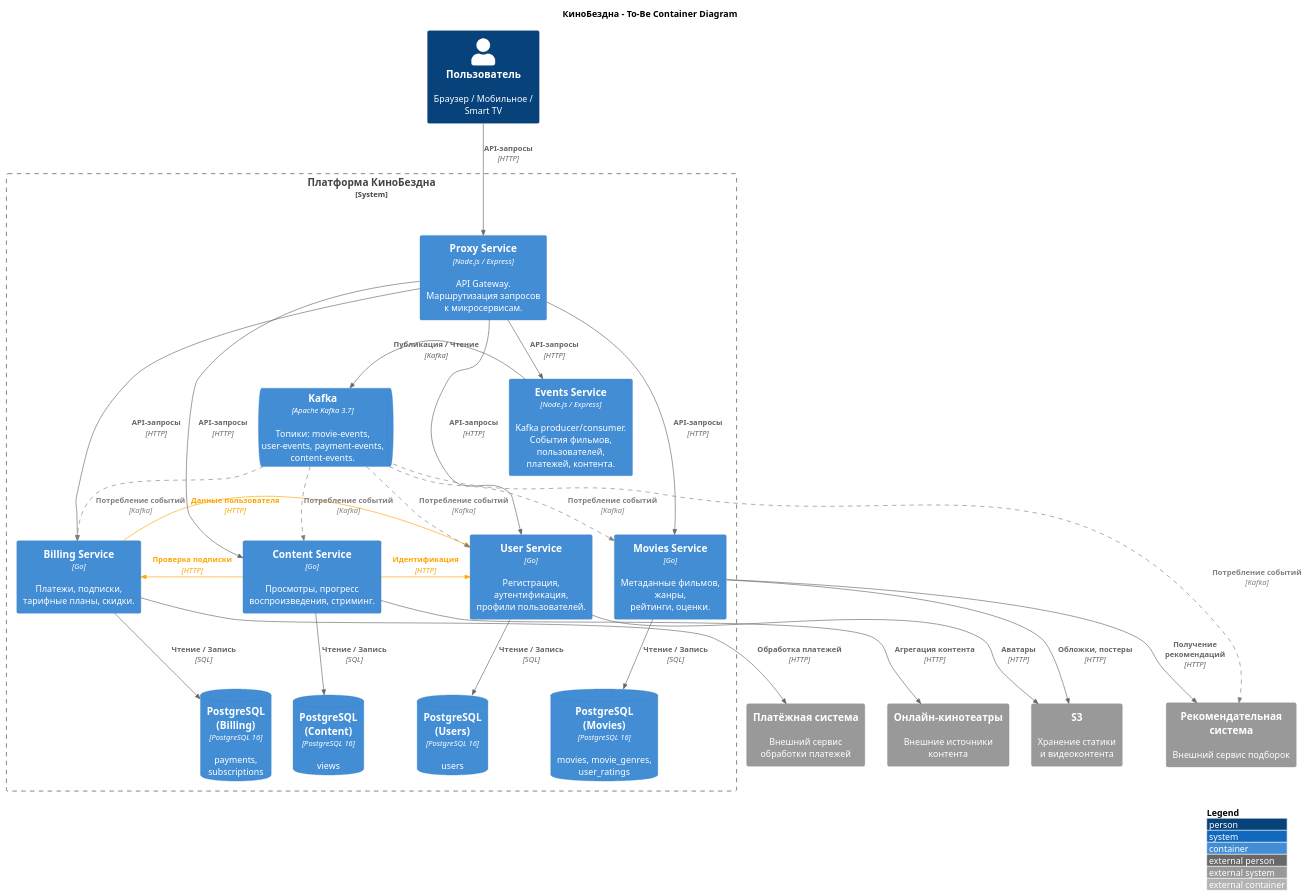
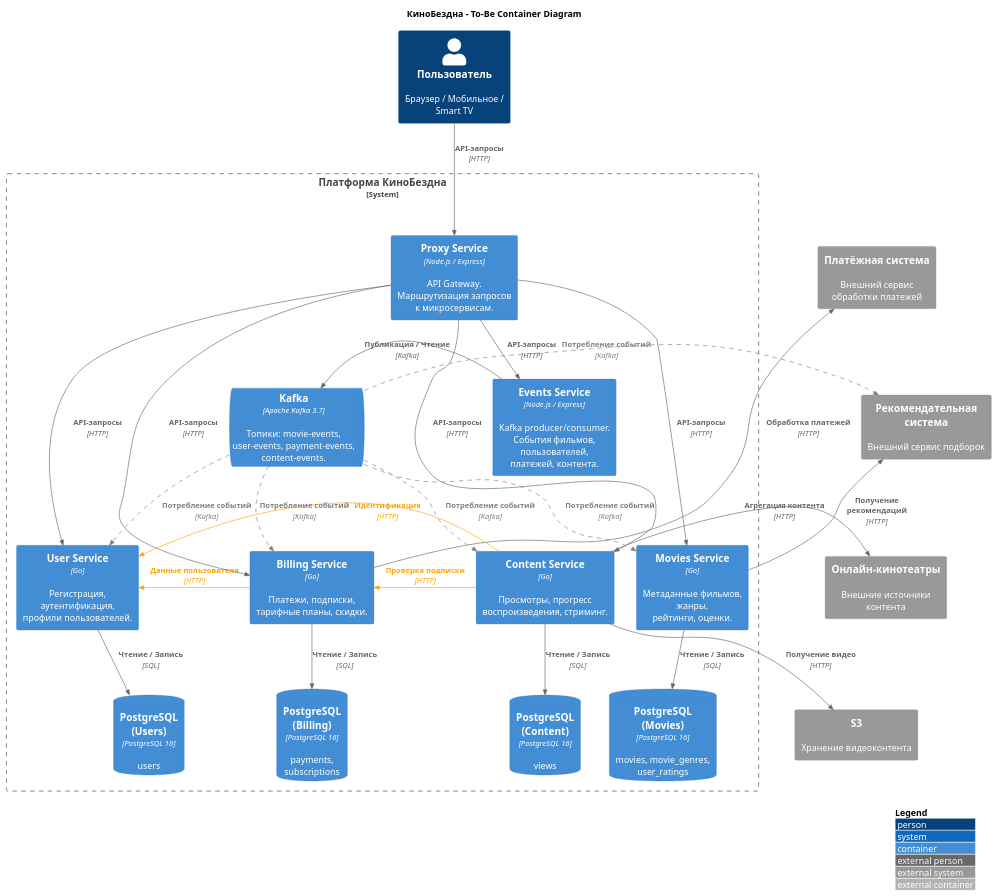
Before and after one commit to SiritosKon/architecture-cinemaabyss: the diagram in docs/c4-container-diagram.puml, drawn with PlantUML. The commit also changed 2 other files, not shown here.

Commit message:
fix: S3 only for Content Service, external systems in column

```diff
--- a/docs/c4-container-diagram.puml
+++ b/docs/c4-container-diagram.puml
@@ -1,85 +1,89 @@
 @startuml c4-container-diagram
 !include https://raw.githubusercontent.com/plantuml-stdlib/C4-PlantUML/master/C4_Container.puml
 
 LAYOUT_WITH_LEGEND()
 LAYOUT_TOP_DOWN()
 
 AddRelTag("future", $lineStyle = DashedLine(), $lineColor = "gray", $textColor = "gray")
 AddRelTag("interservice", $lineColor = "orange", $textColor = "orange")
 
 title КиноБездна - To-Be Container Diagram
 
 Person(user, "Пользователь", "Браузер / Мобильное / Smart TV")
 
 System_Ext(payment, "Платёжная система", "Внешний сервис\nобработки платежей")
 System_Ext(recsys, "Рекомендательная система", "Внешний сервис подборок")
 System_Ext(cinemas, "Онлайн-кинотеатры", "Внешние источники контента")
-System_Ext(s3, "S3", "Хранение статики\nи видеоконтента")
+System_Ext(s3, "S3", "Хранение видеоконтента")
+
+' Внешние системы в столбик слева
+Lay_D(payment, recsys)
+Lay_D(recsys, cinemas)
+Lay_D(cinemas, s3)
 
 System_Boundary(platform, "Платформа КиноБездна") {
 
     Container(proxy, "Proxy Service", "Node.js / Express", "API Gateway.\nМаршрутизация запросов\nк микросервисам.")
 
     Container(users_svc, "User Service", "Go", "Регистрация, аутентификация,\nпрофили пользователей.")
     Container(billing, "Billing Service", "Go", "Платежи, подписки,\nтарифные планы, скидки.")
     Container(content, "Content Service", "Go", "Просмотры, прогресс\nвоспроизведения, стриминг.")
     Container(movies, "Movies Service", "Go", "Метаданные фильмов, жанры,\nрейтинги, оценки.")
 
     Container(events, "Events Service", "Node.js / Express", "Kafka producer/consumer.\nСобытия фильмов, пользователей,\nплатежей, контента.")
     ContainerQueue(kafka, "Kafka", "Apache Kafka 3.7", "Топики: movie-events,\nuser-events, payment-events,\ncontent-events.")
 
     ContainerDb(postgres_users, "PostgreSQL\n(Users)", "PostgreSQL 16", "users")
     ContainerDb(postgres_billing, "PostgreSQL\n(Billing)", "PostgreSQL 16", "payments,\nsubscriptions")
     ContainerDb(postgres_content, "PostgreSQL\n(Content)", "PostgreSQL 16", "views")
     ContainerDb(postgres_movies, "PostgreSQL\n(Movies)", "PostgreSQL 16", "movies, movie_genres,\nuser_ratings")
 }
 
 ' Выравнивание сервисов в ряд
 Lay_R(users_svc, billing)
 Lay_R(billing, content)
 Lay_R(content, movies)
 
 ' Выравнивание БД в ряд
 Lay_R(postgres_users, postgres_billing)
 Lay_R(postgres_billing, postgres_content)
 Lay_R(postgres_content, postgres_movies)
 
 ' Пользователь → Proxy
 Rel_D(user, proxy, "API-запросы", "HTTP")
 
 ' Proxy → сервисы
 Rel_D(proxy, users_svc, "API-запросы", "HTTP")
 Rel_D(proxy, billing, "API-запросы", "HTTP")
 Rel_D(proxy, content, "API-запросы", "HTTP")
 Rel_D(proxy, movies, "API-запросы", "HTTP")
 Rel_D(proxy, events, "API-запросы", "HTTP")
 
 ' Сервисы → свои БД
 Rel_D(users_svc, postgres_users, "Чтение / Запись", "SQL")
 Rel_D(billing, postgres_billing, "Чтение / Запись", "SQL")
 Rel_D(content, postgres_content, "Чтение / Запись", "SQL")
 Rel_D(movies, postgres_movies, "Чтение / Запись", "SQL")
 
 ' Events → Kafka
 Rel_R(events, kafka, "Публикация / Чтение", "Kafka")
 
 ' Внешние системы
-Rel(billing, payment, "Обработка платежей", "HTTP")
-Rel(movies, recsys, "Получение рекомендаций", "HTTP")
-Rel(movies, s3, "Обложки, постеры", "HTTP")
-Rel(users_svc, s3, "Аватары", "HTTP")
-Rel(content, cinemas, "Агрегация контента", "HTTP")
+Rel_L(billing, payment, "Обработка платежей", "HTTP")
+Rel_L(movies, recsys, "Получение рекомендаций", "HTTP")
+Rel_L(content, cinemas, "Агрегация контента", "HTTP")
+Rel_L(content, s3, "Получение видео", "HTTP")
 
 ' Межсервисные зависимости (оранжевые)
 Rel_L(content, billing, "Проверка подписки", "HTTP", $tags="interservice")
 Rel_L(billing, users_svc, "Данные пользователя", "HTTP", $tags="interservice")
 Rel_L(content, users_svc, "Идентификация", "HTTP", $tags="interservice")
 
 ' Kafka → потребители (целевое)
 Rel(kafka, users_svc, "Потребление событий", "Kafka", $tags="future")
 Rel(kafka, billing, "Потребление событий", "Kafka", $tags="future")
 Rel(kafka, content, "Потребление событий", "Kafka", $tags="future")
 Rel(kafka, movies, "Потребление событий", "Kafka", $tags="future")
 Rel(kafka, recsys, "Потребление событий", "Kafka", $tags="future")
 
 @enduml
```
